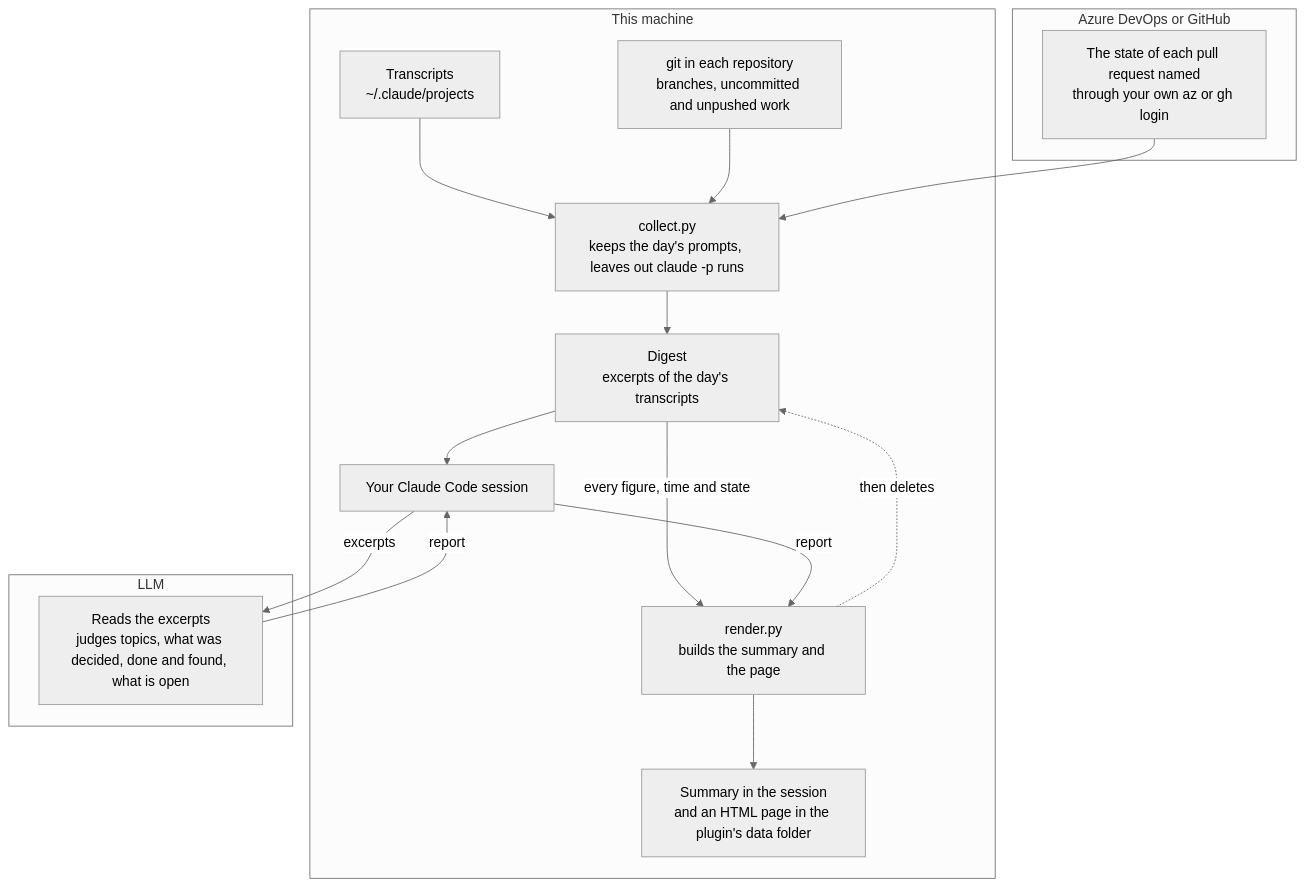
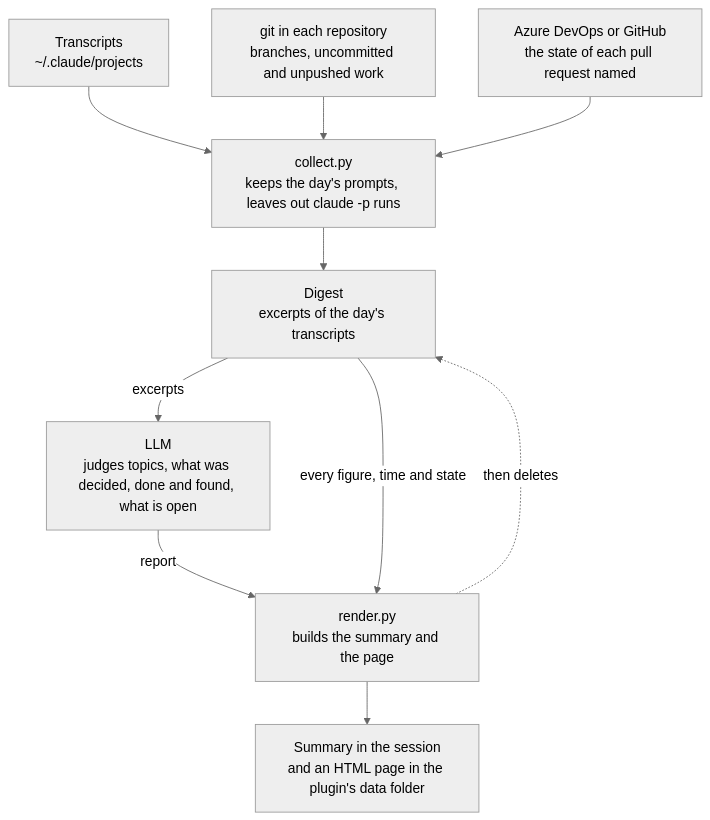
The diagram in plugins/remind-me/README.md (softwareone-platform/tundra), drawn with Mermaid (neutral theme) before and after one commit. The commit also changed other lines of this file and 2 other files, not shown here.

Commit message:
show remind-me's flow without a fixed boundary

````diff
--- a/plugins/remind-me/README.md
+++ b/plugins/remind-me/README.md
@@ -40,22 +40,12 @@
 ```mermaid
 flowchart TB
-    subgraph machine["This machine"]
-        transcripts["Transcripts<br>~/.claude/projects"] --> collect
-        git["git in each repository<br>branches, uncommitted and unpushed work"] --> collect
-        collect["collect.py<br>keeps the day's prompts, leaves out claude -p runs"] --> digest["Digest<br>excerpts of the day's transcripts"]
-        digest --> session["Your Claude Code session"]
-        digest -- every figure, time and state --> render["render.py<br>builds the summary and the page"]
-        session -- report --> render
-        render --> page["Summary in the session<br>and an HTML page in the plugin's data folder"]
-        render -. then deletes .-> digest
-    end
-    subgraph provider["LLM"]
-        model["Reads the excerpts<br>judges topics, what was decided, done and found, what is open"]
-    end
-    subgraph host["Azure DevOps or GitHub"]
-        remote["The state of each pull request named<br>through your own az or gh login"]
-    end
-    session -- excerpts --> model
-    model -- report --> session
-    remote --> collect
+    transcripts["Transcripts<br>~/.claude/projects"] --> collect
+    git["git in each repository<br>branches, uncommitted and unpushed work"] --> collect
+    remote["Azure DevOps or GitHub<br>the state of each pull request named"] --> collect
+    collect["collect.py<br>keeps the day's prompts, leaves out claude -p runs"] --> digest["Digest<br>excerpts of the day's transcripts"]
+    digest -- excerpts --> model["LLM<br>judges topics, what was decided, done and found, what is open"]
+    model -- report --> render["render.py<br>builds the summary and the page"]
+    digest -- every figure, time and state --> render
+    render --> page["Summary in the session<br>and an HTML page in the plugin's data folder"]
+    render -. then deletes .-> digest
 ```
````
